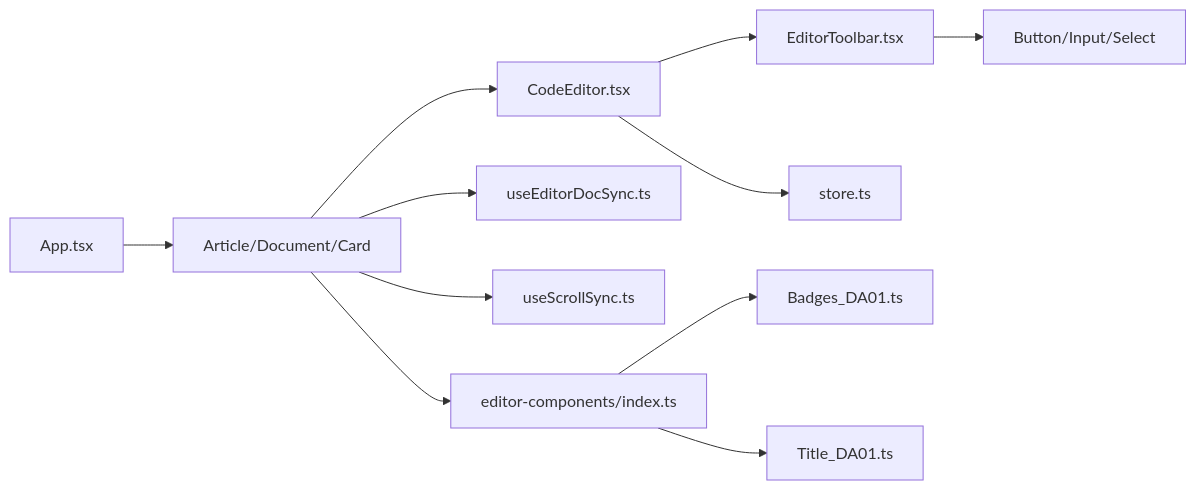
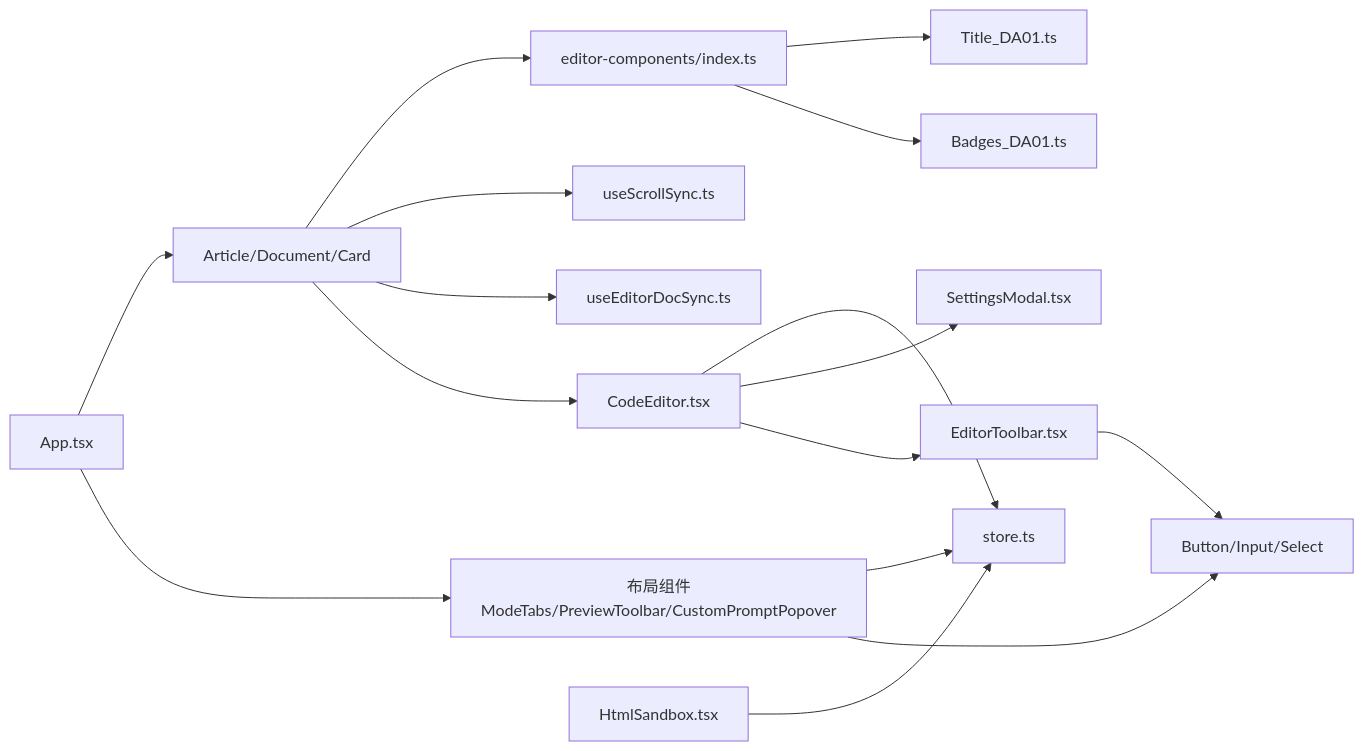
One commit to ZhongXiandou/markdown2view changed the eighth of 8 diagrams in .qoder/repowiki/zh/content/架构设计/组件系统设计/组件系统设计.md. Above: the diagram before and after it, drawn with Mermaid. The commit also changed other lines of this file and 35 other files, not shown here.

````diff
--- a/.qoder/repowiki/zh/content/架构设计/组件系统设计/组件系统设计.md
+++ b/.qoder/repowiki/zh/content/架构设计/组件系统设计/组件系统设计.md
@@ -322,13 +445,18 @@
 ```mermaid
 graph LR
-APP["App.tsx"] --> MODES["Article/Document/Card"]
+APP["App.tsx"] --> LAYOUT["布局组件<br/>ModeTabs/PreviewToolbar/CustomPromptPopover"]
+APP --> MODES["Article/Document/Card"]
 MODES --> CE["CodeEditor.tsx"]
 MODES --> SYNC["useEditorDocSync.ts"]
 MODES --> SCROLL["useScrollSync.ts"]
 CE --> ET["EditorToolbar.tsx"]
+CE --> SM["SettingsModal.tsx"]
 CE --> STORE["store.ts"]
 ET --> UI["Button/Input/Select"]
+LAYOUT --> UI
+LAYOUT --> STORE
 MODES --> LIB["editor-components/index.ts"]
 LIB --> BAD["Badges_DA01.ts"]
 LIB --> TIT["Title_DA01.ts"]
+PREVIEW["HtmlSandbox.tsx"] --> STORE
 ```
````
